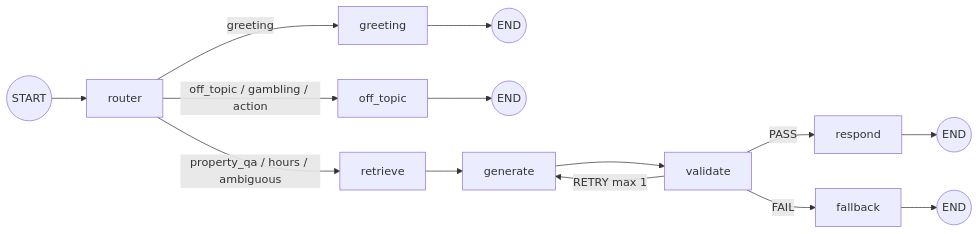
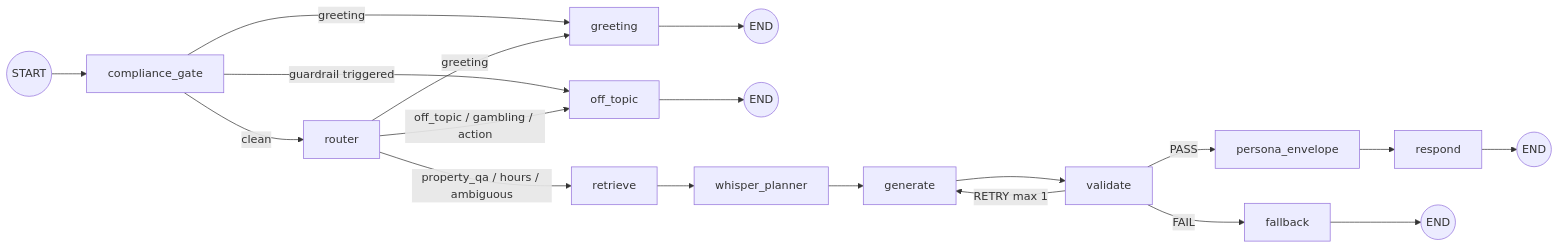
The diagram in ARCHITECTURE.md (Oded-Ben-Yair/hey-seven), drawn with Mermaid before and after one commit. The commit also changed other lines of this file and 66 other files, not shown here.

First line of the commit message:
feat: v2 — 11-node graph, 4 specialist agents, 912 tests, 8 new modules

````diff
--- a/ARCHITECTURE.md
+++ b/ARCHITECTURE.md
@@ -39,12 +43,17 @@
 ```mermaid
 graph LR
-    START((START)) --> router
-    router -->|greeting| greeting --> END1((END))
-    router -->|off_topic / gambling / action| off_topic --> END2((END))
+    START((START)) --> compliance_gate
+    compliance_gate -->|greeting| greeting --> END1((END))
+    compliance_gate -->|guardrail triggered| off_topic --> END2((END))
+    compliance_gate -->|clean| router
+    router -->|greeting| greeting
+    router -->|off_topic / gambling / action| off_topic
     router -->|property_qa / hours / ambiguous| retrieve
-    retrieve --> generate
+    retrieve --> whisper_planner
+    whisper_planner --> generate
     generate --> validate
-    validate -->|PASS| respond --> END3((END))
+    validate -->|PASS| persona_envelope
+    persona_envelope --> respond --> END3((END))
     validate -->|RETRY max 1| generate
     validate -->|FAIL| fallback --> END4((END))
 ```
````
